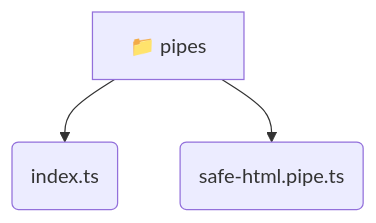
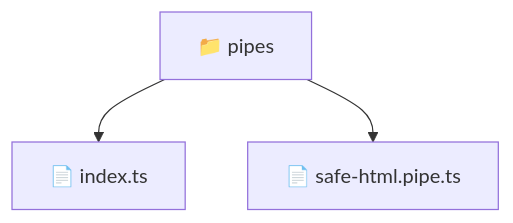
One commit to beginwebdev2002/fullstack-mavluda changed the diagram in frontend/src/shared/pipes/README.md. Above: the diagram before and after it, drawn with Mermaid. The commit also changed other lines of this file and 163 other files, not shown here.

````diff
--- a/frontend/src/shared/pipes/README.md
+++ b/frontend/src/shared/pipes/README.md
@@ -11,6 +10,6 @@
 ```mermaid
 graph TD
-  pipes[📁 pipes]
-  pipes --> pipes_index_ts(index.ts)
-  pipes --> pipes_safe_html_pipe_ts(safe-html.pipe.ts)
+  Root["📁 pipes"]
+  Root --> indexts["📄 index.ts"]
+  Root --> safehtmlpipets["📄 safe-html.pipe.ts"]
 ```
````
